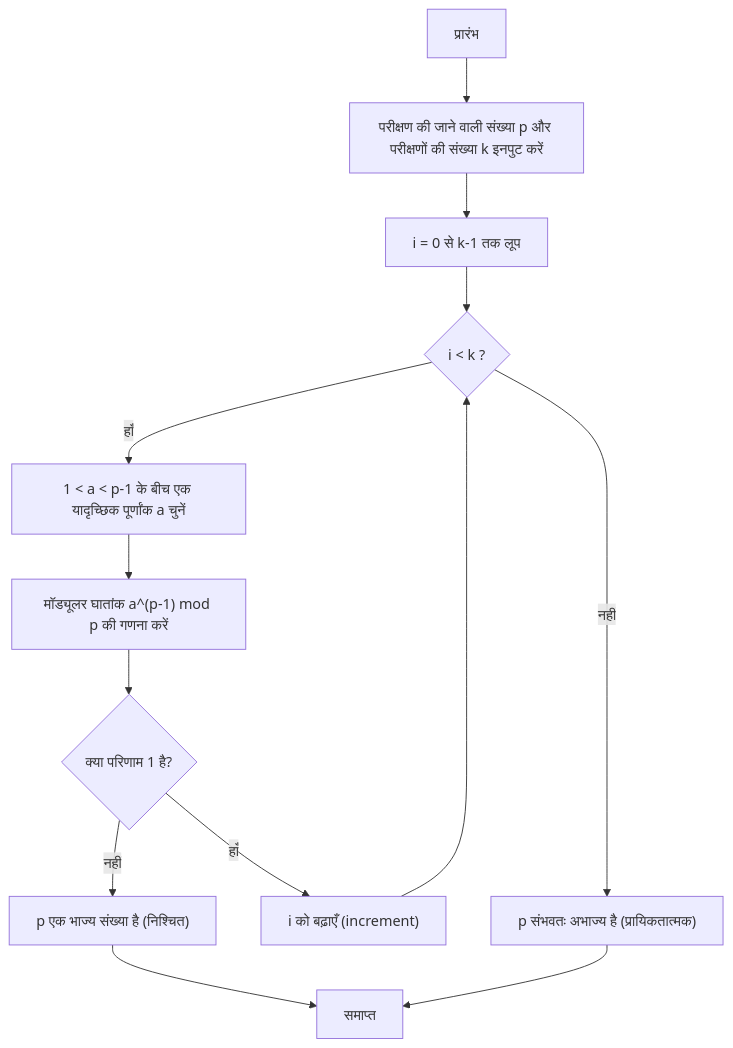
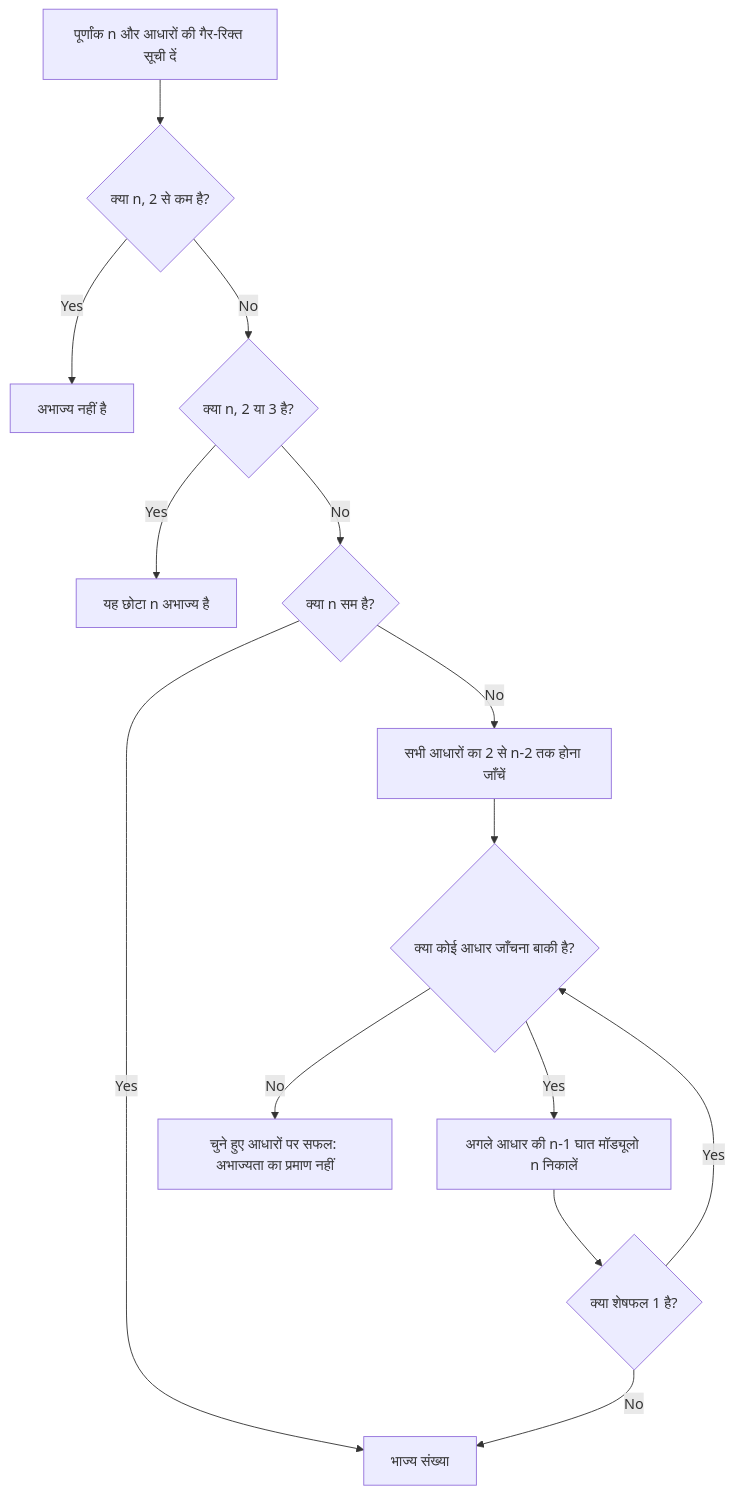
The first of 2 diagrams in content/post/フェルマーの小定理と暗号化/index.hi.md (kenjinote/blog), drawn with Mermaid before and after one commit. The commit also changed other lines of this file and 5 other files, not shown here.

````diff
--- a/content/post/フェルマーの小定理と暗号化/index.hi.md
+++ b/content/post/フェルマーの小定理と暗号化/index.hi.md
@@ -156,15 +70,16 @@
 ```mermaid
 flowchart TD
-    Start["प्रारंभ"] --> Input["परीक्षण की जाने वाली संख्या p और परीक्षणों की संख्या k इनपुट करें"]
-    Input --> LoopStart["i = 0 से k-1 तक लूप"]
-    LoopStart --> Condition{"i < k ?"}
-    Condition -- हाँ --> RandomA["1 < a < p-1 के बीच एक यादृच्छिक पूर्णांक a चुनें"]
-    RandomA --> Calc["मॉड्यूलर घातांक a^(p-1) mod p की गणना करें"]
-    Calc --> CheckPrime{"क्या परिणाम 1 है?"}
-    CheckPrime -- नहीं --> ReturnComposite["p एक भाज्य संख्या है (निश्चित)"]
-    CheckPrime -- हाँ --> Increment["i को बढ़ाएँ (increment)"]
-    Increment --> Condition
-    Condition -- नहीं --> ReturnPrime["p संभवतः अभाज्य है (प्रायिकतात्मक)"]
-    ReturnComposite --> End["समाप्त"]
-    ReturnPrime --> End
+    Input["पूर्णांक n और आधारों की गैर-रिक्त सूची दें"] --> Small{"क्या n, 2 से कम है?"}
+    Small -- Yes --> NotPrime["अभाज्य नहीं है"]
+    Small -- No --> Tiny{"क्या n, 2 या 3 है?"}
+    Tiny -- Yes --> Known["यह छोटा n अभाज्य है"]
+    Tiny -- No --> Even{"क्या n सम है?"}
+    Even -- Yes --> Composite["भाज्य संख्या"]
+    Even -- No --> Validate["सभी आधारों का 2 से n-2 तक होना जाँचें"]
+    Validate --> Next{"क्या कोई आधार जाँचना बाकी है?"}
+    Next -- Yes --> Power["अगले आधार की n-1 घात मॉड्यूलो n निकालें"]
+    Power --> Check{"क्या शेषफल 1 है?"}
+    Check -- No --> Composite
+    Check -- Yes --> Next
+    Next -- No --> Pass["चुने हुए आधारों पर सफल: अभाज्यता का प्रमाण नहीं"]
 ```
````
